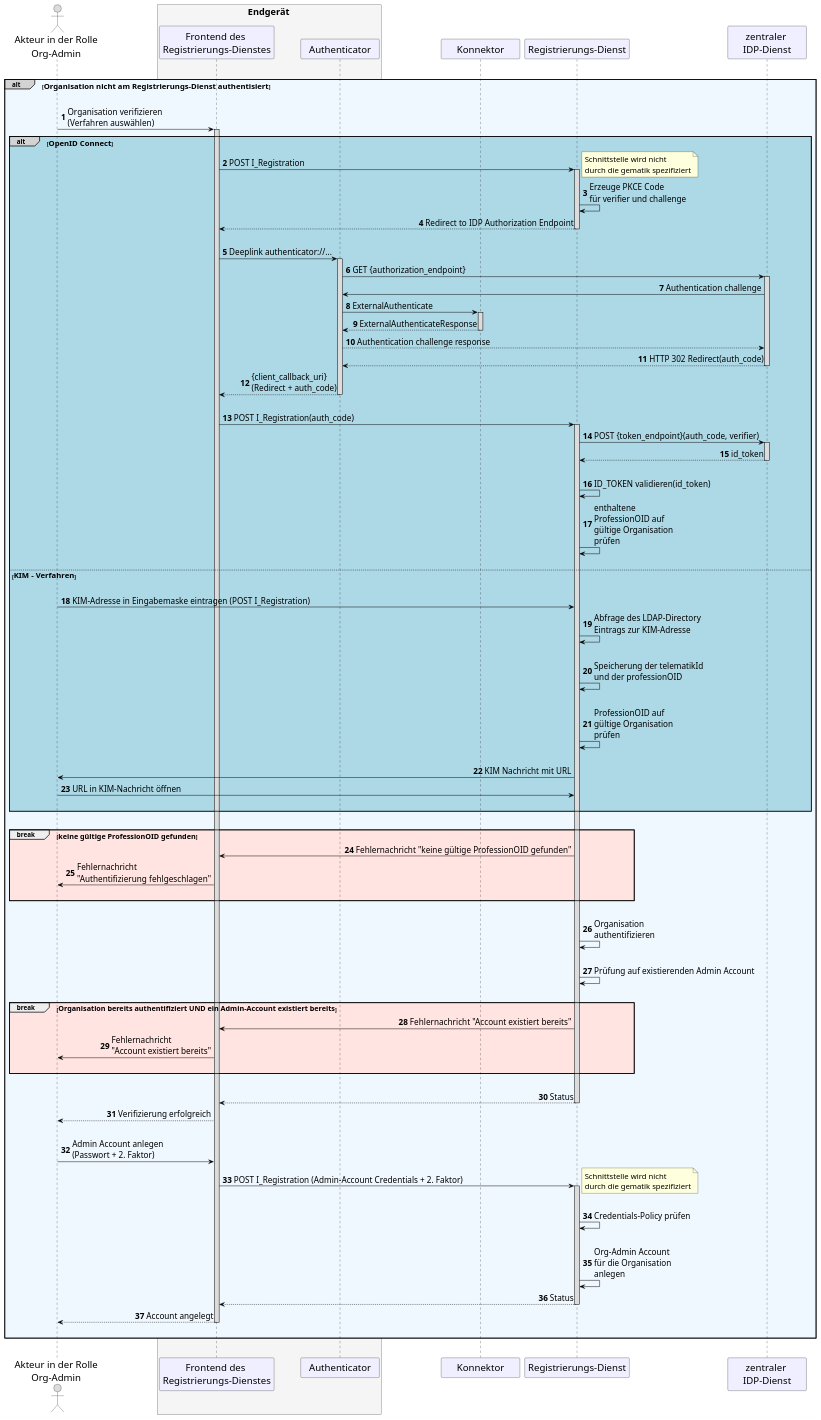
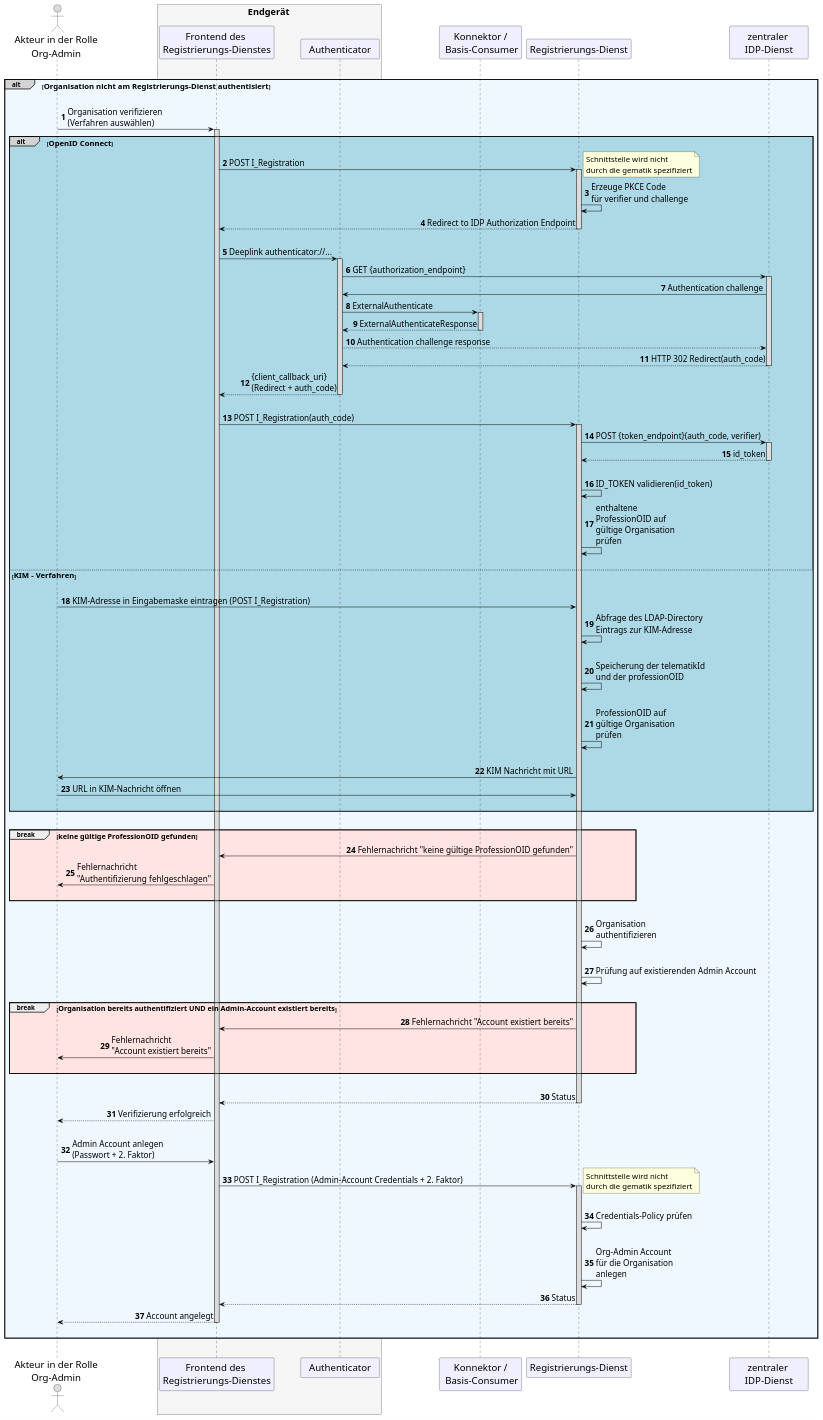
One commit to gematik/api-ti-messenger changed the diagram in src/plantuml/TI-Messenger-Dienst/Ressourcen/UC_10103_Seq.puml. Above: the diagram before and after it, drawn with PlantUML.

Commit message:
added Basis consumer as alternativ for the connector

```diff
--- a/src/plantuml/TI-Messenger-Dienst/Ressourcen/UC_10103_Seq.puml
+++ b/src/plantuml/TI-Messenger-Dienst/Ressourcen/UC_10103_Seq.puml
@@ -9,128 +9,128 @@
 @startuml
 skinparam sequenceMessageAlign direction
 skinparam WrapWidth 300
 skinparam minClassWidth 150
 skinparam BoxPadding 1
 scale max 2048 width
 autonumber
 
 skinparam sequence {
   ArrowColor black
   ArrowFontSize 17
   ActorBorderColor black
   LifeLineBorderColor black
   LifeLineBackgroundColor Gainsboro
 
   ParticipantBorderColor Motivation
   ParticipantBackgroundColor Motivation
   ParticipantFontSize 20
   ParticipantFontColor black
   ParticipantBorderColor Black
   ParticipantBackgroundColor MOTIVATION
 
   ActorBackgroundColor Gainsboro
   ActorFontColor black
   ActorFontSize 20
 }
 
 actor oa as "Akteur in der Rolle\nOrg-Admin"
   box <size:19>Endgerät</size> #WhiteSmoke
   participant wb as "Frontend des \nRegistrierungs-Dienstes"
   participant au as "Authenticator"
   end box
-participant ko as "Konnektor"
+participant ko as "Konnektor /\n Basis-Consumer"
 participant rd as "Registrierungs-Dienst"
 participant ip as "zentraler \nIDP-Dienst"
 
 
 
 |||
 alt#LightGrey #AliceBlue <size:16>Organisation nicht am Registrierungs-Dienst authentisiert</size>
 |||
       oa -> wb: Organisation verifizieren \n(Verfahren auswählen)
       alt#LightGrey #LightBlue <size:16>OpenID Connect</size>
           activate wb
         wb -> rd:POST I_Registration
         note right: <size:16>Schnittstelle wird nicht \n<size:16>durch die gematik spezifiziert</size>
           activate rd
         rd->rd: Erzeuge PKCE Code \nfür verifier und challenge
         rd --> wb: Redirect to IDP Authorization Endpoint
           deactivate rd
         |||
         wb -> au: Deeplink authenticator://...
         activate au
         au -> ip: GET {authorization_endpoint}
         activate ip
         ip -> au: Authentication challenge
         au -> ko: ExternalAuthenticate
           activate ko
         ko --> au: ExternalAuthenticateResponse
           deactivate ko
         au -->ip: Authentication challenge response
         ip -->au: HTTP 302 Redirect(auth_code)
           deactivate ip
         au -->wb: {client_callback_uri}\n(Redirect + auth_code)
           deactivate au
         |||
         wb -> rd: POST I_Registration(auth_code)
           activate rd
         rd -> ip: POST {token_endpoint}(auth_code, verifier)
           activate ip
         ip --> rd: id_token
           deactivate ip
         |||
         rd -> rd: ID_TOKEN validieren(id_token)
         rd -> rd: enthaltene \nProfessionOID auf \ngültige Organisation \nprüfen
         |||
       else <size:16>KIM - Verfahren</size>
         |||
         oa -> rd: KIM-Adresse in Eingabemaske eintragen (POST I_Registration)
         rd -> rd: Abfrage des LDAP-Directory\nEintrags zur KIM-Adresse
         |||
         rd -> rd: Speicherung der telematikId\nund der professionOID
         |||
         rd -> rd: ProfessionOID auf\ngültige Organisation\nprüfen
         |||
         rd -> oa: KIM Nachricht mit URL
         oa -> rd: URL in KIM-Nachricht öffnen
         |||
       end
       |||
 
     break #MistyRose <size:15>keine gültige ProfessionOID gefunden</size>
       rd -> wb: Fehlernachricht "keine gültige ProfessionOID gefunden"
       wb -> oa: Fehlernachricht \n"Authentifizierung fehlgeschlagen"
       |||
     end
 
       |||
       rd-> rd: Organisation \nauthentifizieren
       |||
       rd -> rd : Prüfung auf existierenden Admin Account
       |||
         break #MistyRose <size:15>Organisation bereits authentifiziert UND ein Admin-Account existiert bereits</size>
          rd -> wb: Fehlernachricht "Account existiert bereits"
          wb -> oa: Fehlernachricht \n"Account existiert bereits"
          |||
         end
       |||
       rd --> wb: Status
         deactivate rd
       wb --> oa: Verifizierung erfolgreich
       |||
       oa -> wb: Admin Account anlegen \n(Passwort + 2. Faktor)
       wb -> rd: POST I_Registration (Admin-Account Credentials + 2. Faktor)
       note right: <size:16>Schnittstelle wird nicht \n<size:16>durch die gematik spezifiziert</size>
         activate rd
       |||
       rd -> rd: Credentials-Policy prüfen
       |||
       rd -> rd: Org-Admin Account\nfür die Organisation \nanlegen
       rd --> wb: Status
        deactivate rd
       wb --> oa: Account angelegt
        deactivate wb
       |||
 end
 |||
 @enduml
```
